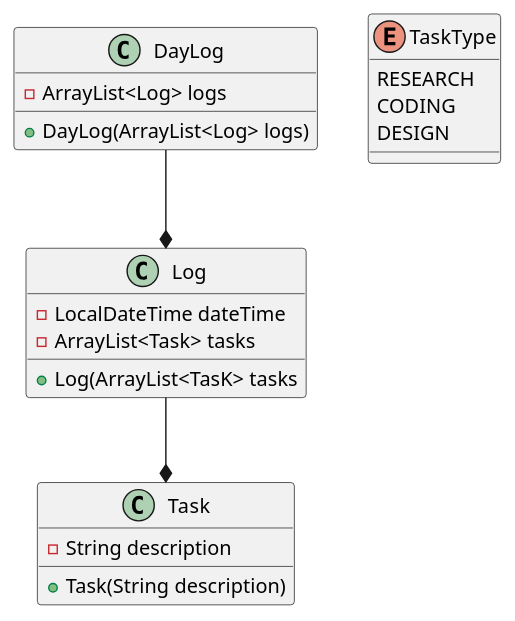
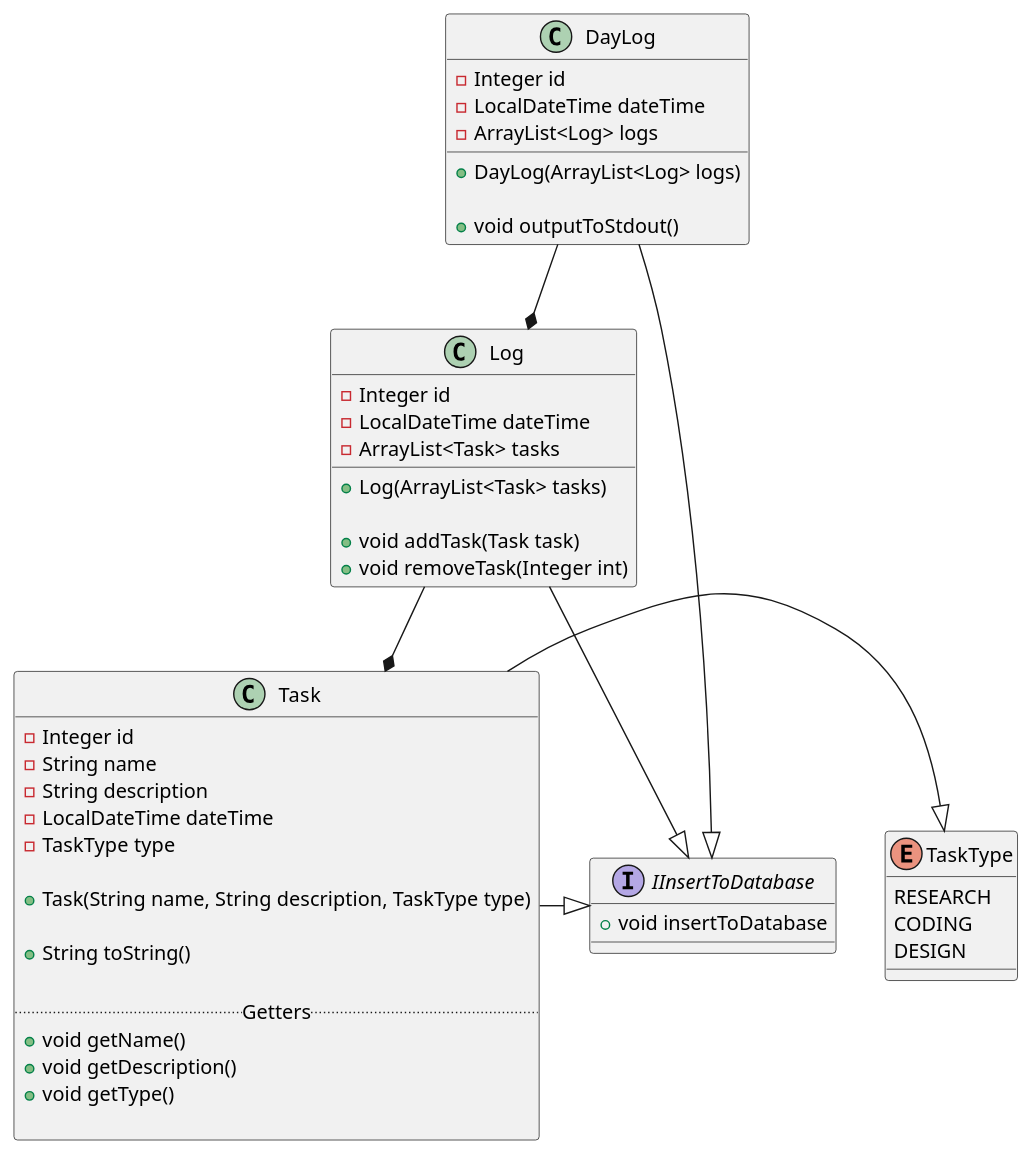
Before and after one commit to JohnVonNeumann/daylog: the diagram in program.puml, drawn with PlantUML. The commit also changed 2 other files, not shown here.

```diff
--- a/program.puml
+++ b/program.puml
@@ -1,32 +1,60 @@
 @startuml
 'https://plantuml.com/class-diagram
 
 Log --* Task
 DayLog --* Log
+Task -|> TaskType
+
+DayLog -|> IInsertToDatabase
+Log -|> IInsertToDatabase
+Task -|> IInsertToDatabase
 
 enum TaskType {
     RESEARCH
     CODING
     DESIGN
 }
 
 class Task {
+    - Integer id
+    - String name
     - String description
+    - LocalDateTime dateTime
+    - TaskType type
 
-    + Task(String description)
+    + Task(String name, String description, TaskType type)
+
+    + String toString()
+
+    .. Getters ..
+    + void getName()
+    + void getDescription()
+    + void getType()
+
 }
 
 class Log {
+    - Integer id
     - LocalDateTime dateTime
     - ArrayList<Task> tasks
 
-    + Log(ArrayList<TasK> tasks
+    + Log(ArrayList<Task> tasks)
+
+    + void addTask(Task task)
+    + void removeTask(Integer int)
 }
 
 class DayLog {
+    - Integer id
+    - LocalDateTime dateTime
     - ArrayList<Log> logs
 
     + DayLog(ArrayList<Log> logs)
+
+    + void outputToStdout()
 }
 
+interface IInsertToDatabase {
+    + void insertToDatabase
+}
 @enduml
```
